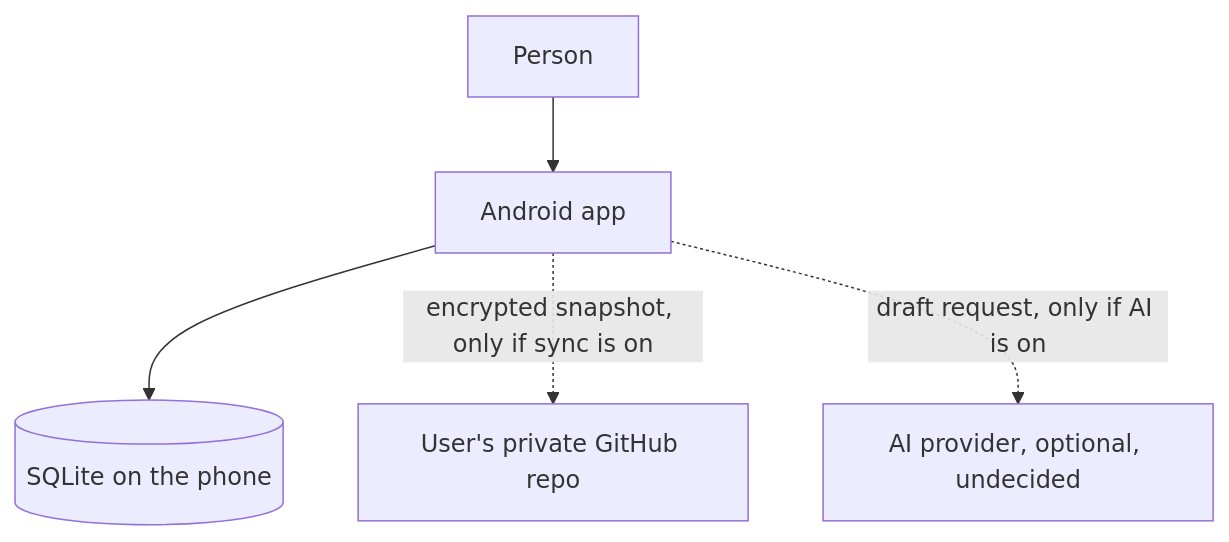
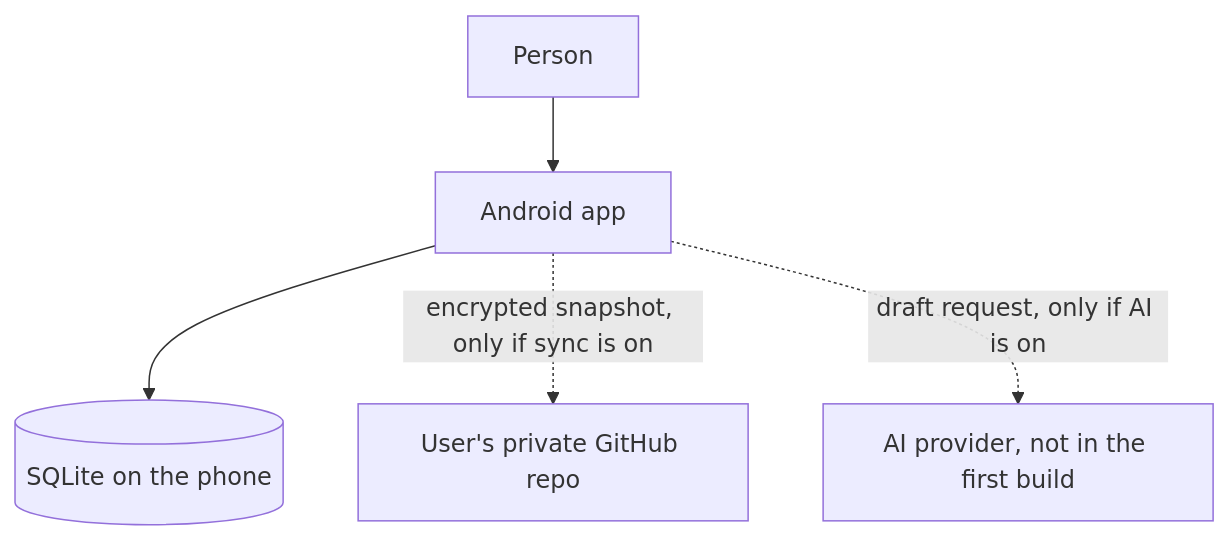
Before and after one commit to sriharsha-askata/expense-tracker: the first of 2 diagrams in docs/architecture/HLD.md, drawn with Mermaid. The commit also changed other lines of this file and 23 other files, not shown here.

````diff
--- a/docs/architecture/HLD.md
+++ b/docs/architecture/HLD.md
@@ -25,12 +28,12 @@
 ```mermaid
 flowchart TB
   user[Person]
   phone[Android app]
   db[(SQLite on the phone)]
   gh[User's private GitHub repo]
-  provider[AI provider, optional, undecided]
+  provider[AI provider, not in the first build]
   user --> phone
   phone --> db
   phone -.->|encrypted snapshot, only if sync is on| gh
   phone -.->|draft request, only if AI is on| provider
 ```
````
